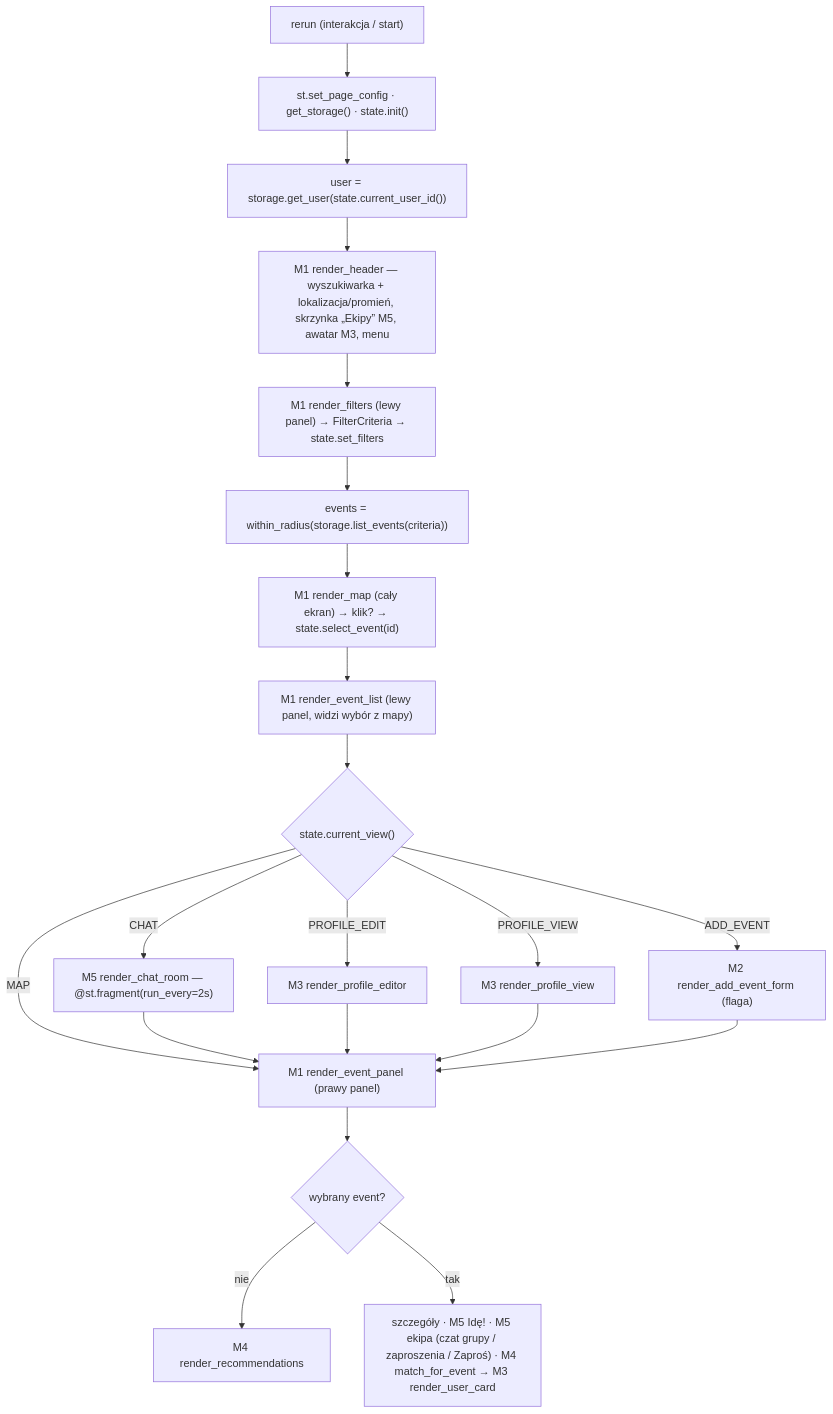
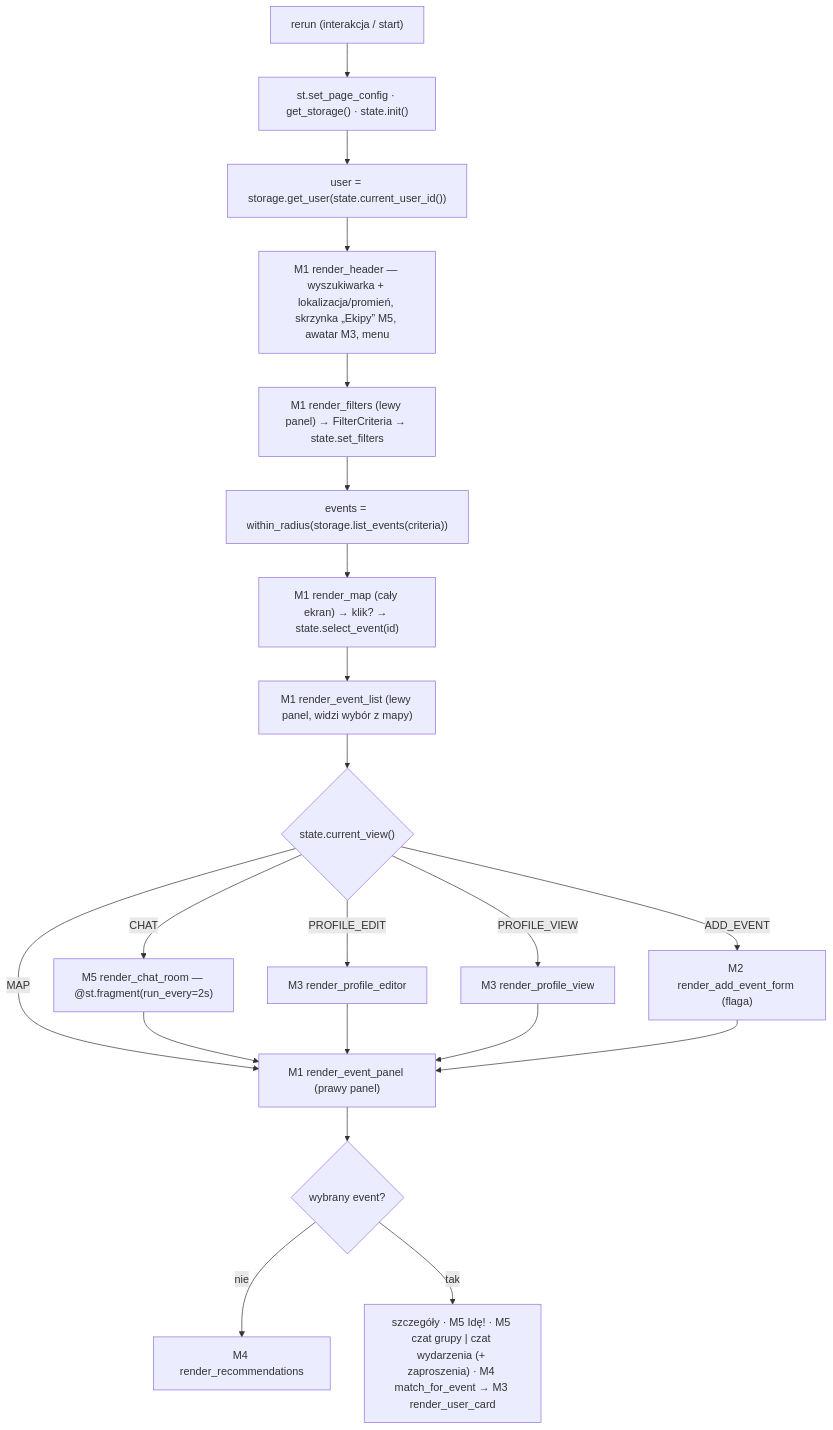
One commit to klonicaWeronika/HackYeah26_event_app changed the fifth of 8 diagrams in ARCHITECTURE.md. Above: the diagram before and after it, drawn with Mermaid. The commit also changed other lines of this file and 12 other files, not shown here.

Commit message:
Grupy: ukryta treść przed dołączeniem, czat wydarzenia obok czatu grupy, układ arkusza czatu

````diff
--- a/ARCHITECTURE.md
+++ b/ARCHITECTURE.md
@@ -206,20 +208,20 @@
 ```mermaid
 flowchart TD
     A["rerun (interakcja / start)"] --> B["st.set_page_config · get_storage() · state.init()"]
     B --> C["user = storage.get_user(state.current_user_id())"]
     C --> D["M1 render_header — wyszukiwarka + lokalizacja/promień, skrzynka „Ekipy” M5, awatar M3, menu"]
     D --> E["M1 render_filters (lewy panel) → FilterCriteria → state.set_filters"]
     E --> F["events = within_radius(storage.list_events(criteria))"]
     F --> H["M1 render_map (cały ekran) → klik? → state.select_event(id)"]
     H --> LST["M1 render_event_list (lewy panel, widzi wybór z mapy)"]
     LST --> G{"state.current_view()"}
     G -->|CHAT| I["M5 render_chat_room — @st.fragment(run_every=2s)"]
     G -->|PROFILE_EDIT| J["M3 render_profile_editor"]
     G -->|PROFILE_VIEW| K["M3 render_profile_view"]
     G -->|ADD_EVENT| L["M2 render_add_event_form (flaga)"]
     G -->|MAP| P
     I & J & K & L --> P["M1 render_event_panel (prawy panel)"]
     P --> Q{"wybrany event?"}
     Q -->|nie| R["M4 render_recommendations"]
-    Q -->|tak| S["szczegóły · M5 Idę! · M5 ekipa (czat grupy / zaproszenia / Zaproś) · M4 match_for_event → M3 render_user_card"]
+    Q -->|tak| S["szczegóły · M5 Idę! · M5 czat grupy | czat wydarzenia (+ zaproszenia) · M4 match_for_event → M3 render_user_card"]
 ```
````
